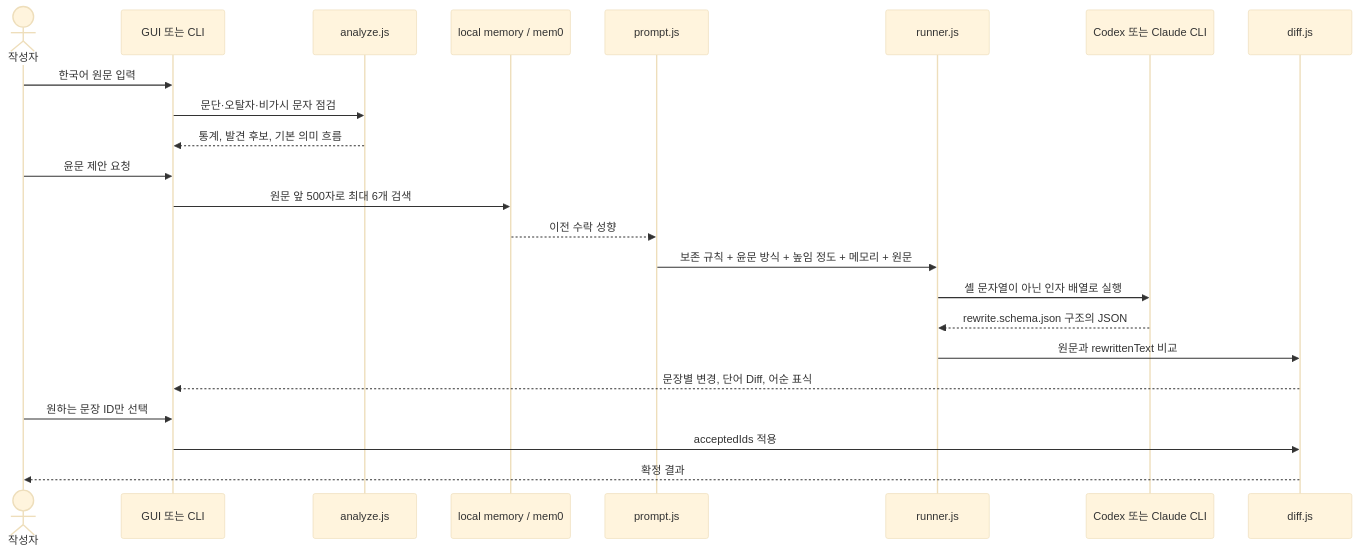
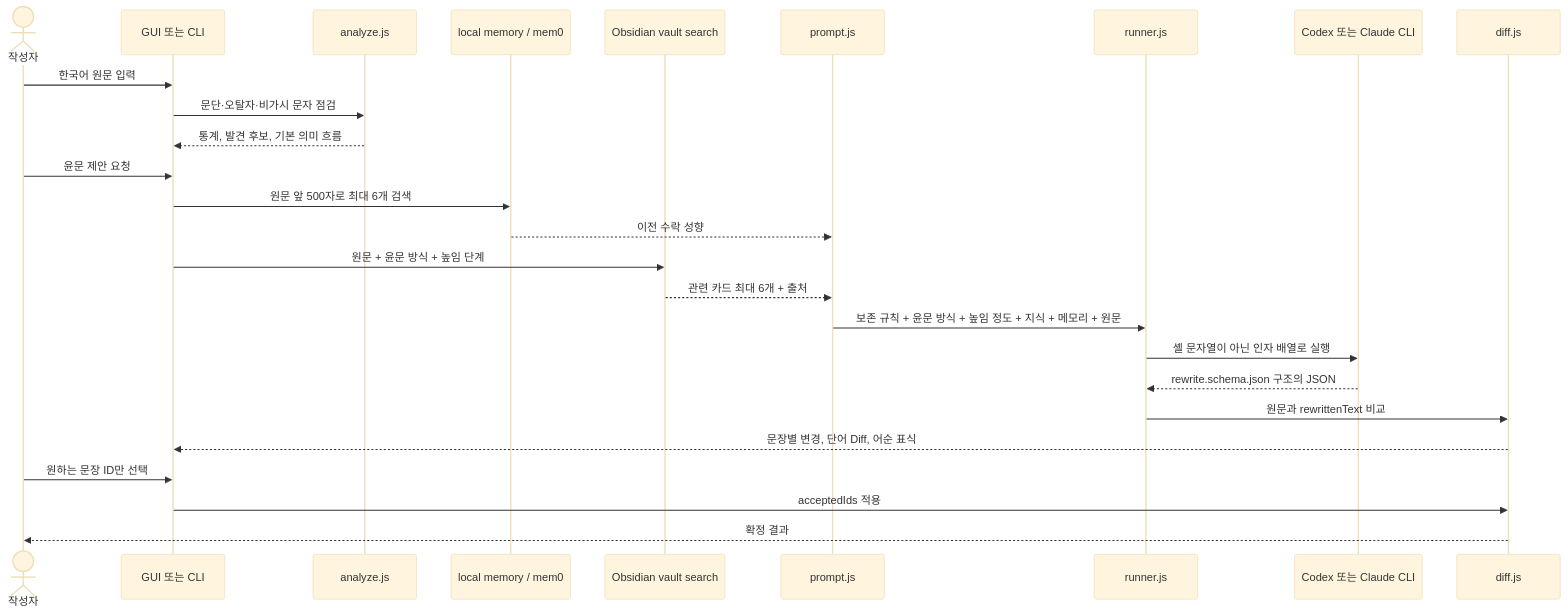
Before and after one commit to kuseumkkrkkr/KR-humanizer: the second of 7 diagrams in README.md, drawn with Mermaid (base theme). The commit also changed other lines of this file and 31 other files, not shown here.

````diff
--- a/README.md
+++ b/README.md
@@ -157,26 +164,29 @@
 ```mermaid
 sequenceDiagram
   actor U as 작성자
   participant UI as GUI 또는 CLI
   participant A as analyze.js
   participant M as local memory / mem0
+  participant K as Obsidian vault search
   participant P as prompt.js
   participant R as runner.js
   participant E as Codex 또는 Claude CLI
   participant D as diff.js
 
   U->>UI: 한국어 원문 입력
   UI->>A: 문단·오탈자·비가시 문자 점검
   A-->>UI: 통계, 발견 후보, 기본 의미 흐름
   U->>UI: 윤문 제안 요청
   UI->>M: 원문 앞 500자로 최대 6개 검색
   M-->>P: 이전 수락 성향
-  P->>R: 보존 규칙 + 윤문 방식 + 높임 정도 + 메모리 + 원문
+  UI->>K: 원문 + 윤문 방식 + 높임 단계
+  K-->>P: 관련 카드 최대 6개 + 출처
+  P->>R: 보존 규칙 + 윤문 방식 + 높임 정도 + 지식 + 메모리 + 원문
   R->>E: 셸 문자열이 아닌 인자 배열로 실행
   E-->>R: rewrite.schema.json 구조의 JSON
   R->>D: 원문과 rewrittenText 비교
   D-->>UI: 문장별 변경, 단어 Diff, 어순 표식
   U->>UI: 원하는 문장 ID만 선택
   UI->>D: acceptedIds 적용
   D-->>U: 확정 결과
 ```
````
